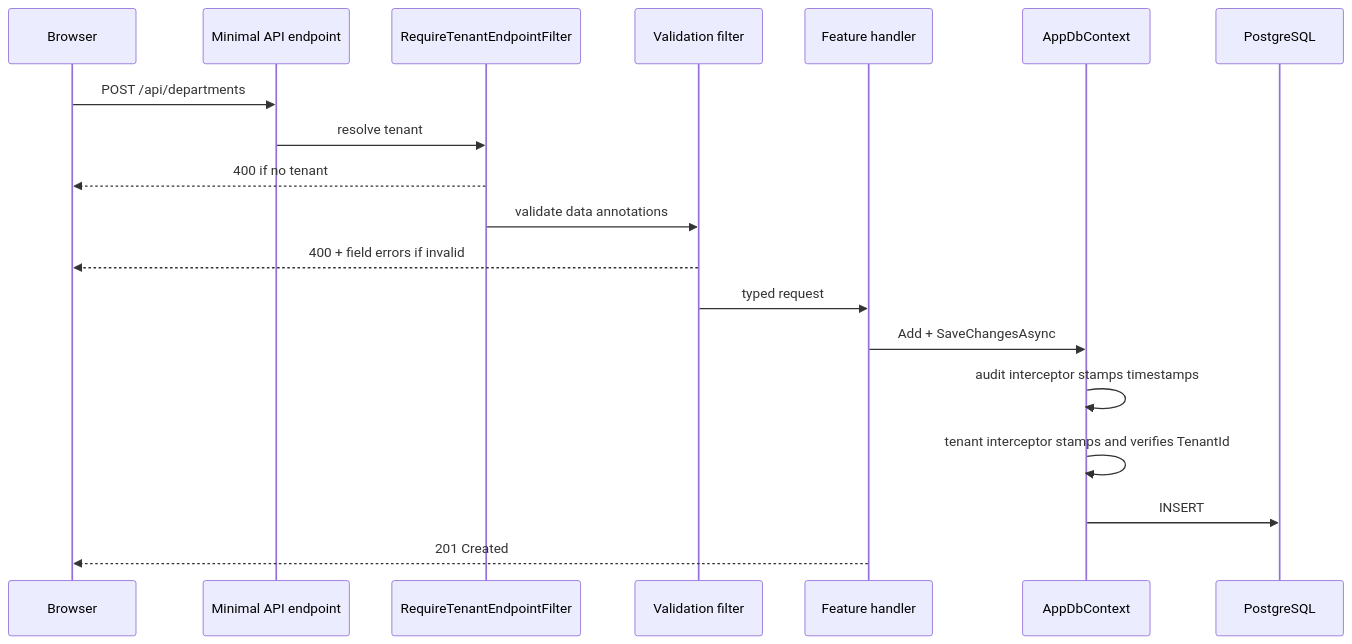
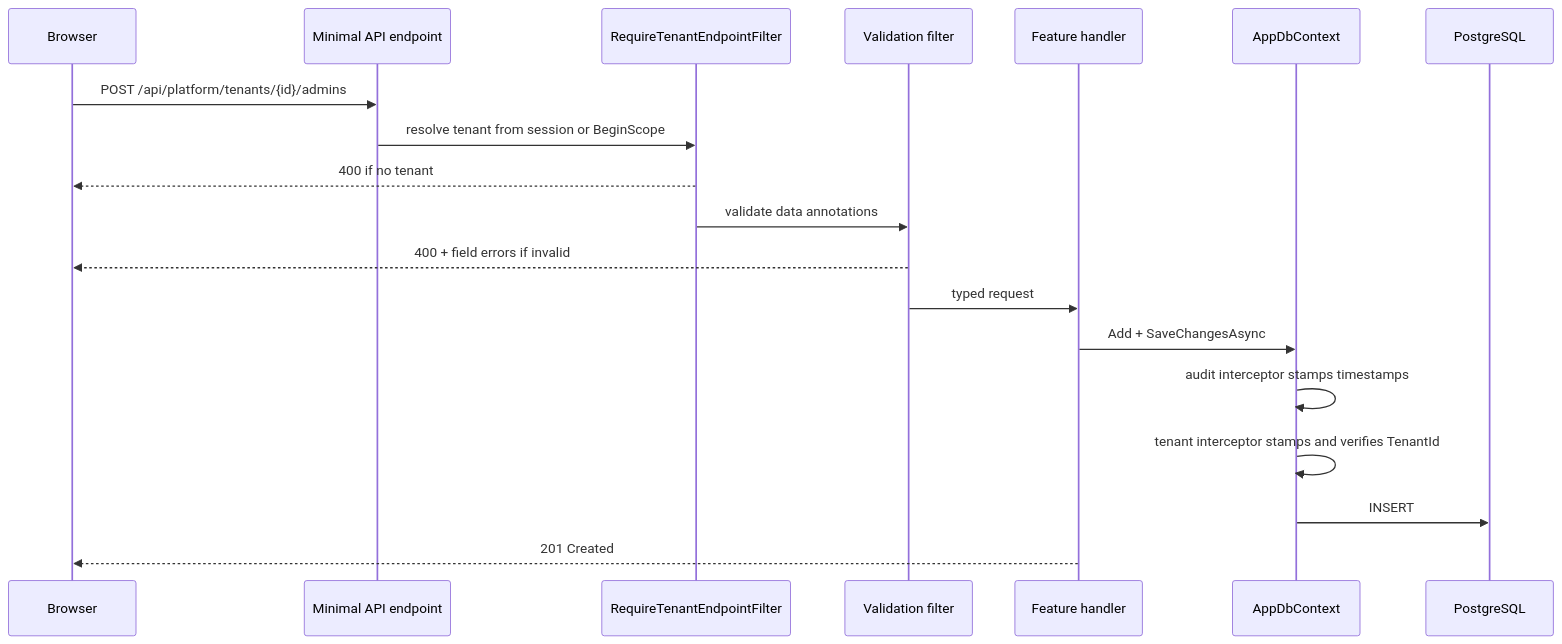
One commit to Abdulla12212/zenvokra-hr changed the second of 4 diagrams in docs/ARCHITECTURE.md. Above: the diagram before and after it, drawn with Mermaid. The commit also changed other lines of this file and 104 other files, not shown here.

````diff
--- a/docs/ARCHITECTURE.md
+++ b/docs/ARCHITECTURE.md
@@ -76,22 +75,22 @@
 ```mermaid
 sequenceDiagram
     participant B as Browser
     participant E as Minimal API endpoint
     participant F as RequireTenantEndpointFilter
     participant V as Validation filter
     participant H as Feature handler
     participant D as AppDbContext
     participant P as PostgreSQL
 
-    B->>E: POST /api/departments
-    E->>F: resolve tenant
+    B->>E: POST /api/platform/tenants/{id}/admins
+    E->>F: resolve tenant from session or BeginScope
     F-->>B: 400 if no tenant
     F->>V: validate data annotations
     V-->>B: 400 + field errors if invalid
     V->>H: typed request
     H->>D: Add + SaveChangesAsync
     D->>D: audit interceptor stamps timestamps
     D->>D: tenant interceptor stamps and verifies TenantId
     D->>P: INSERT
     H-->>B: 201 Created
 ```
````
